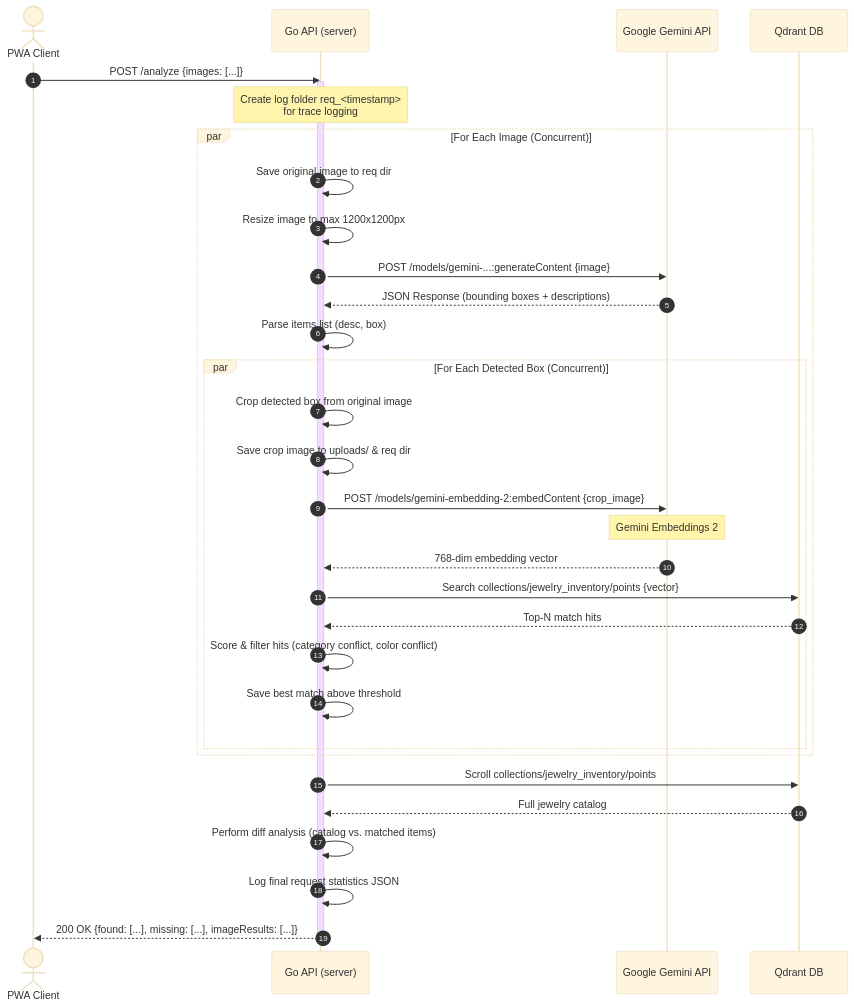
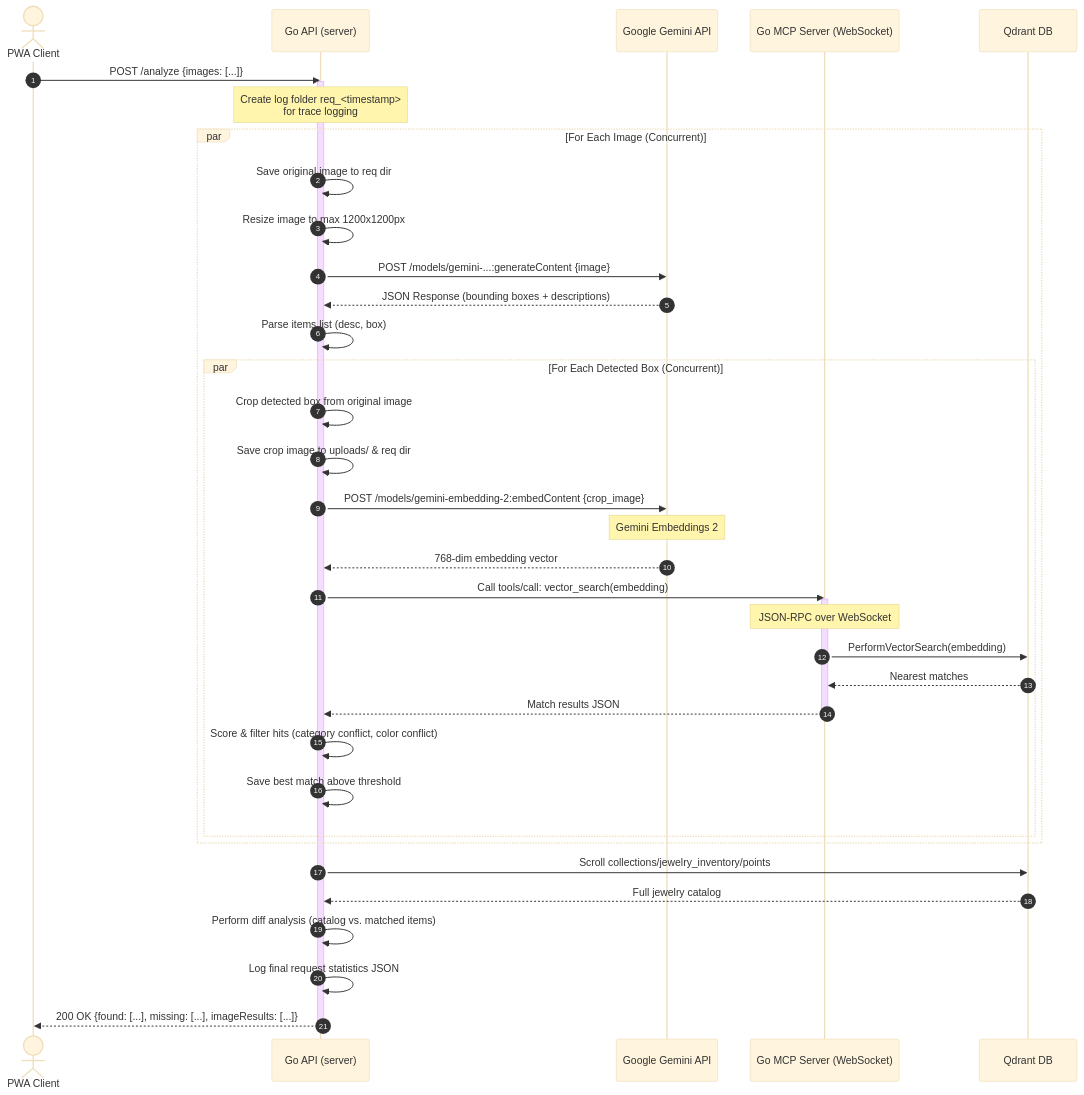
One commit to lupohirp/ShelfScan changed the first of 4 diagrams in docs/api_sequence_diagrams.md. Above: the diagram before and after it, drawn with Mermaid (base theme). The commit also changed other lines of this file, not shown here.

````diff
--- a/docs/api_sequence_diagrams.md
+++ b/docs/api_sequence_diagrams.md
@@ -10,41 +10,48 @@
 ```mermaid
 sequenceDiagram
     autonumber
     actor Client as PWA Client
     participant API as Go API (server)
     participant GeminiAPI as Google Gemini API
+    participant MCP as Go MCP Server (WebSocket)
     participant Qdrant as Qdrant DB
 
     Client->>API: POST /analyze {images: [...]}
     activate API
     Note over API: Create log folder req_<timestamp><br/>for trace logging
     
     par For Each Image (Concurrent)
         API->>API: Save original image to req dir
         API->>API: Resize image to max 1200x1200px
         API->>GeminiAPI: POST /models/gemini-...:generateContent {image}
         GeminiAPI-->>API: JSON Response (bounding boxes + descriptions)
         API->>API: Parse items list (desc, box)
         
         par For Each Detected Box (Concurrent)
             API->>API: Crop detected box from original image
             API->>API: Save crop image to uploads/ & req dir
             
             API->>GeminiAPI: POST /models/gemini-embedding-2:embedContent {crop_image}
             Note over GeminiAPI: Gemini Embeddings 2
             GeminiAPI-->>API: 768-dim embedding vector
             
-            API->>Qdrant: Search collections/jewelry_inventory/points {vector}
-            Qdrant-->>API: Top-N match hits
+            API->>MCP: Call tools/call: vector_search(embedding)
+            activate MCP
+            Note over MCP: JSON-RPC over WebSocket
+            MCP->>Qdrant: PerformVectorSearch(embedding)
+            Qdrant-->>MCP: Nearest matches
+            MCP-->>API: Match results JSON
+            deactivate MCP
+            
             API->>API: Score & filter hits (category conflict, color conflict)
             API->>API: Save best match above threshold
         end
     end
     
     API->>Qdrant: Scroll collections/jewelry_inventory/points
     Qdrant-->>API: Full jewelry catalog
     API->>API: Perform diff analysis (catalog vs. matched items)
     API->>API: Log final request statistics JSON
     API-->>Client: 200 OK {found: [...], missing: [...], imageResults: [...]}
     deactivate API
 ```
````
